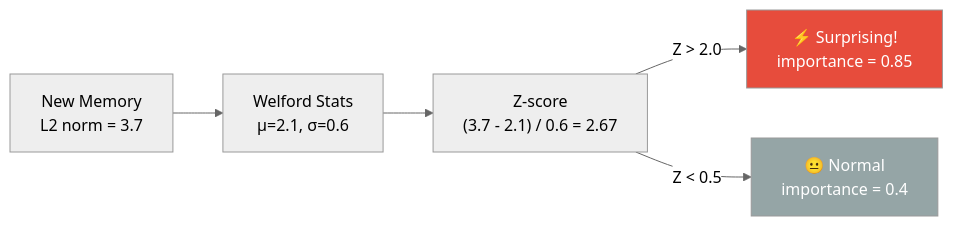
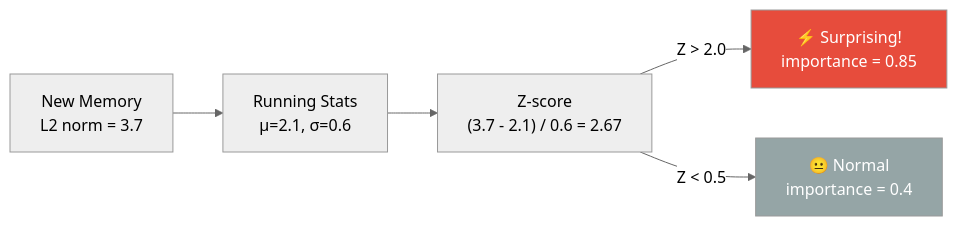
One commit to spectrayan/spector changed the first of 3 diagrams in docs/docs/memory/dopamine.md. Above: the diagram before and after it, drawn with Mermaid (neutral theme). The commit also changed other lines of this file and 38 other files, not shown here.

First line of the commit message:
docs(memory): replace implementation details with functional diagrams and product-focused content (#33)

````diff
--- a/docs/docs/memory/dopamine.md
+++ b/docs/docs/memory/dopamine.md
@@ -28,10 +26,10 @@
 ```mermaid
-graph LR
-    A["New Memory<br/>L2 norm = 3.7"] --> B["Welford Stats<br/>μ=2.1, σ=0.6"]
+flowchart LR
+    A["New Memory<br/>L2 norm = 3.7"] --> B["Running Stats<br/>μ=2.1, σ=0.6"]
     B --> C["Z-score<br/>(3.7 - 2.1) / 0.6 = 2.67"]
     C -->|"Z > 2.0"| D["⚡ Surprising!<br/>importance = 0.85"]
     C -->|"Z < 0.5"| E["😐 Normal<br/>importance = 0.4"]
-    
+
     style D fill:#e74c3c,color:white
     style E fill:#95a5a6,color:white
 ```
````
